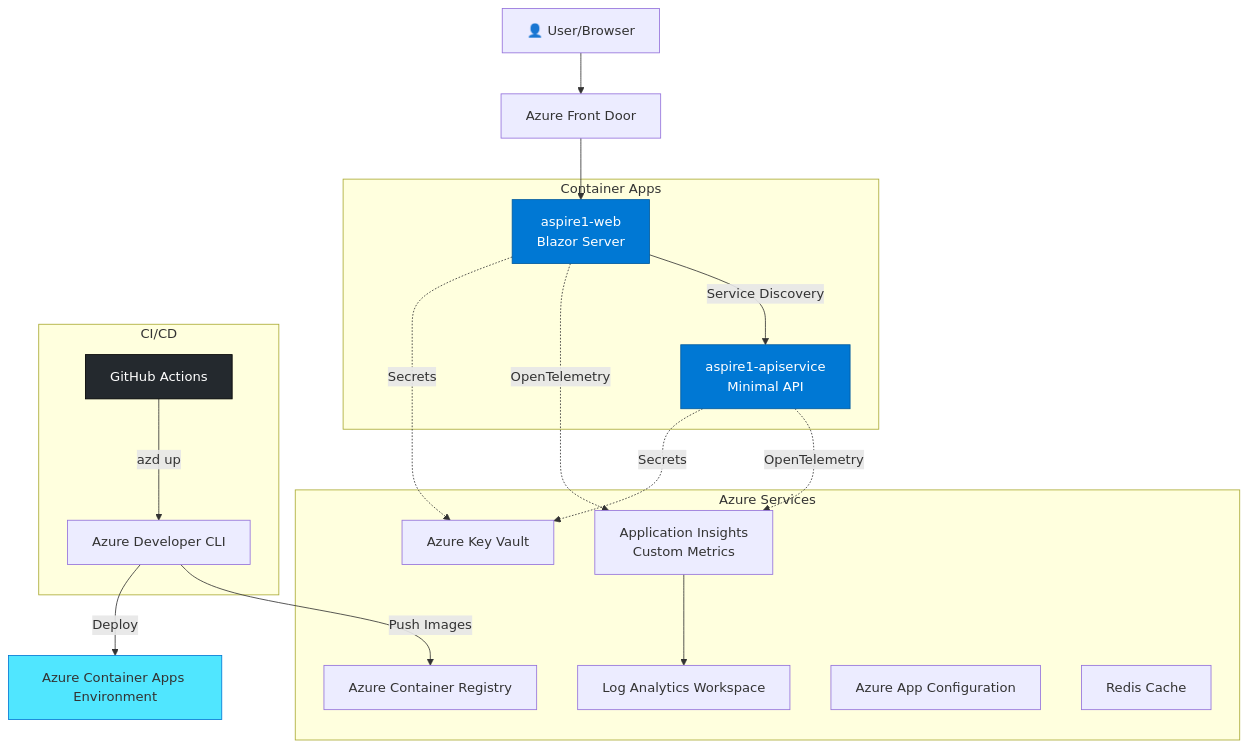
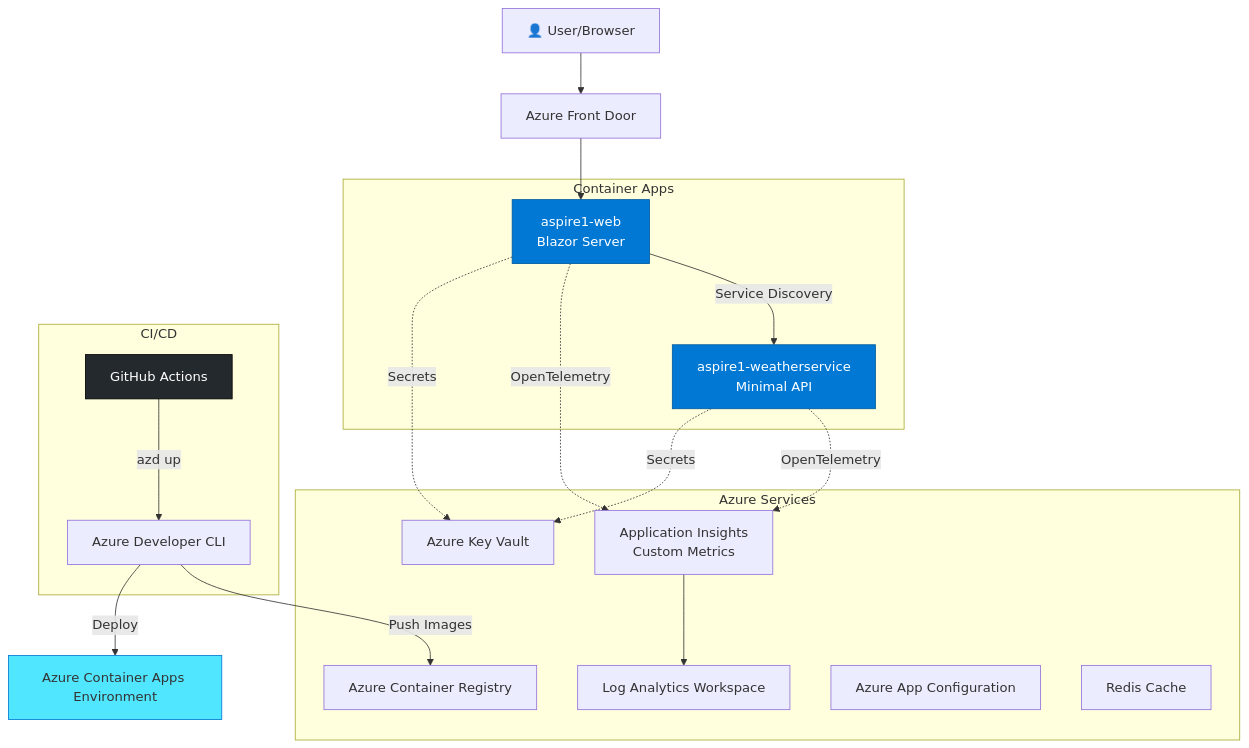
Before and after one commit to rbmathis/aspire1: the first of 8 diagrams in ARCHITECTURE.md, drawn with Mermaid. The commit also changed other lines of this file and 5 other files, not shown here.

First line of the commit message:
Align architecture documentation with actual codebase implementation (#20)

````diff
--- a/ARCHITECTURE.md
+++ b/ARCHITECTURE.md
@@ -9,46 +9,46 @@
 ```mermaid
 graph TB
     User[👤 User/Browser]
     FrontDoor[Azure Front Door]
     ACAEnv[Azure Container Apps Environment]
 
     subgraph "Container Apps"
         Web[aspire1-web<br/>Blazor Server]
-        API[aspire1-apiservice<br/>Minimal API]
+        API[aspire1-weatherservice<br/>Minimal API]
     end
 
     subgraph "Azure Services"
         ACR[Azure Container Registry]
         AppInsights[Application Insights<br/>Custom Metrics]
         KeyVault[Azure Key Vault]
         LogAnalytics[Log Analytics Workspace]
         AppConfig[Azure App Configuration]
         Redis[Redis Cache]
     end
 
     subgraph "CI/CD"
         GitHub[GitHub Actions]
         AZD[Azure Developer CLI]
     end
 
     User --> FrontDoor
     FrontDoor --> Web
     Web -->|Service Discovery| API
 
     Web -.->|OpenTelemetry| AppInsights
     API -.->|OpenTelemetry| AppInsights
 
     Web -.->|Secrets| KeyVault
     API -.->|Secrets| KeyVault
 
     GitHub -->|azd up| AZD
     AZD -->|Push Images| ACR
     AZD -->|Deploy| ACAEnv
 
     AppInsights --> LogAnalytics
 
     style Web fill:#0078d4,stroke:#005a9e,color:#fff
     style API fill:#0078d4,stroke:#005a9e,color:#fff
     style ACAEnv fill:#50e6ff,stroke:#0078d4
     style GitHub fill:#24292e,stroke:#000,color:#fff
 ```
````
